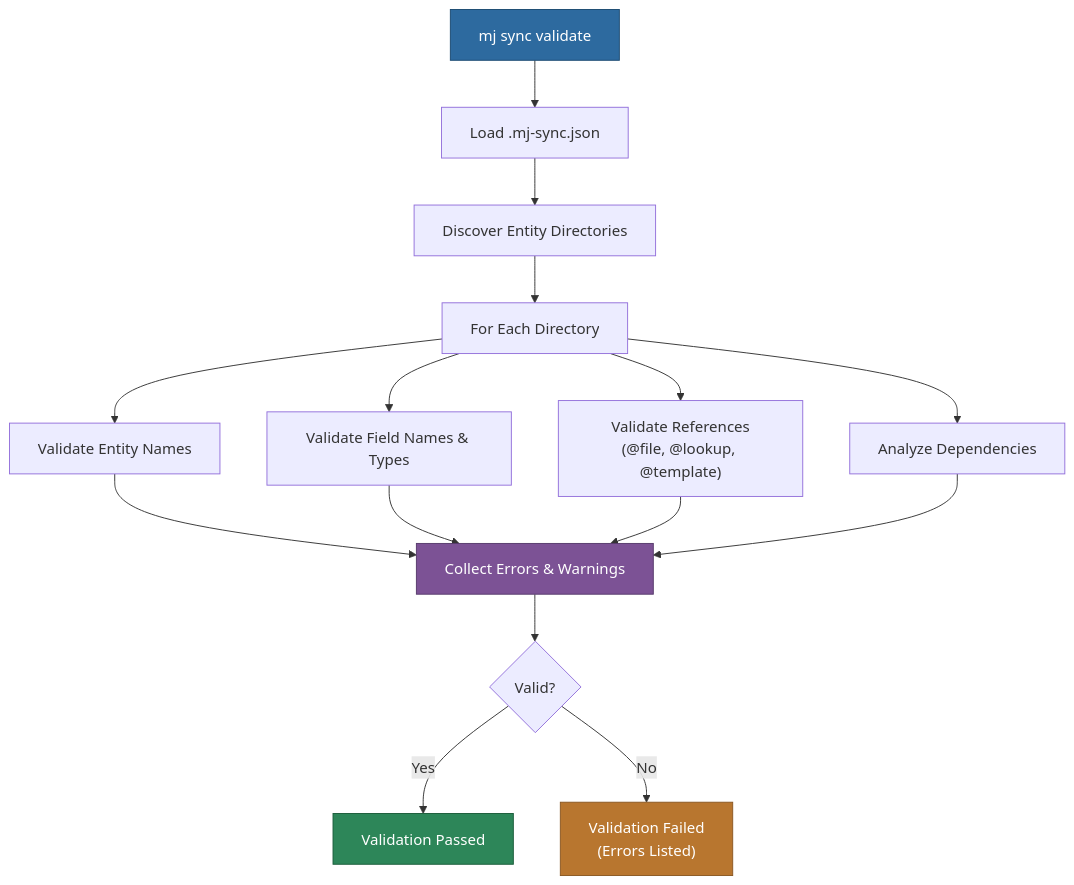
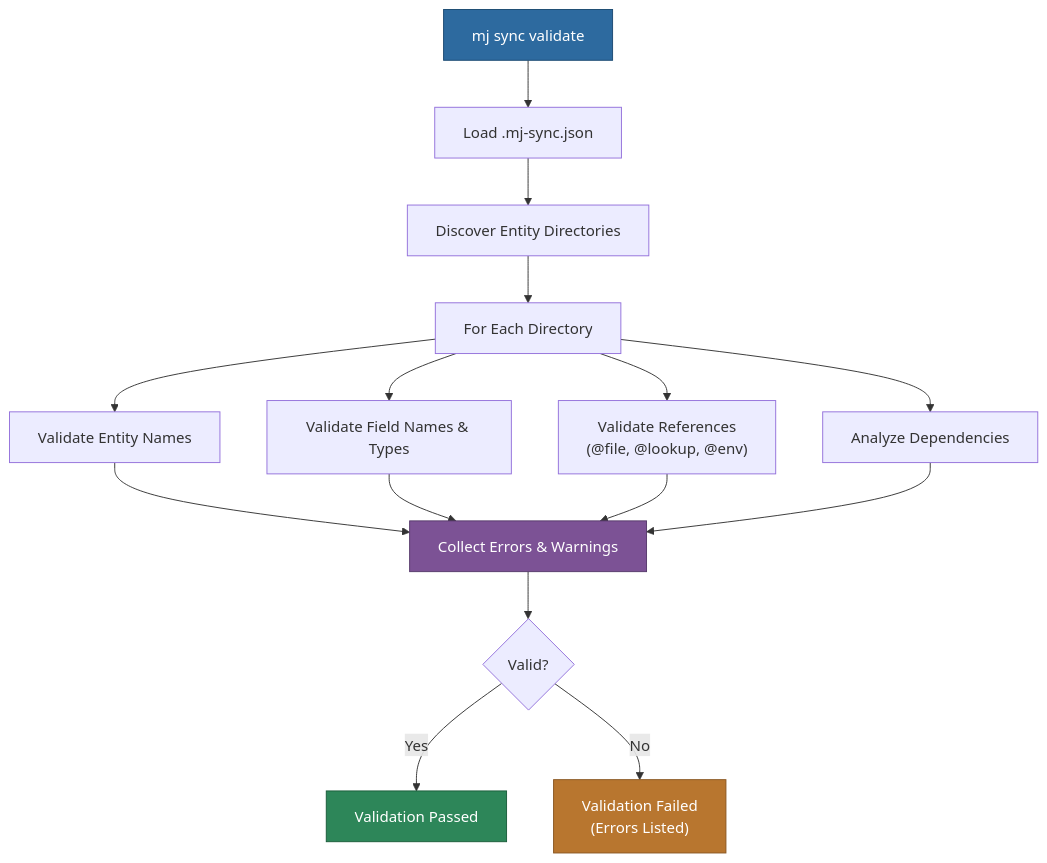
One commit to MemberJunction/MJ changed the eighth of 8 diagrams in packages/MetadataSync/README.md. Above: the diagram before and after it, drawn with Mermaid. The commit also changed other lines of this file and 89 other files, not shown here.

````diff
--- a/packages/MetadataSync/README.md
+++ b/packages/MetadataSync/README.md
@@ -1636,25 +1687,25 @@
 ```mermaid
 flowchart TD
     START["mj sync validate"] --> LOAD["Load .mj-sync.json"]
     LOAD --> DIRS["Discover Entity Directories"]
     DIRS --> LOOP["For Each Directory"]
 
     LOOP --> ENT["Validate Entity Names"]
     LOOP --> FLD["Validate Field Names & Types"]
-    LOOP --> REF["Validate References\n(@file, @lookup, @template)"]
+    LOOP --> REF["Validate References\n(@file, @lookup, @env)"]
     LOOP --> DEP["Analyze Dependencies"]
 
     ENT --> COLLECT["Collect Errors & Warnings"]
     FLD --> COLLECT
     REF --> COLLECT
     DEP --> COLLECT
 
     COLLECT --> RESULT{Valid?}
     RESULT -->|Yes| PASS["Validation Passed"]
     RESULT -->|No| FAIL["Validation Failed\n(Errors Listed)"]
 
     style START fill:#2d6a9f,stroke:#1a4971,color:#fff
     style PASS fill:#2d8659,stroke:#1a5c3a,color:#fff
     style FAIL fill:#b8762f,stroke:#8a5722,color:#fff
     style COLLECT fill:#7c5295,stroke:#563a6b,color:#fff
 ```
````
